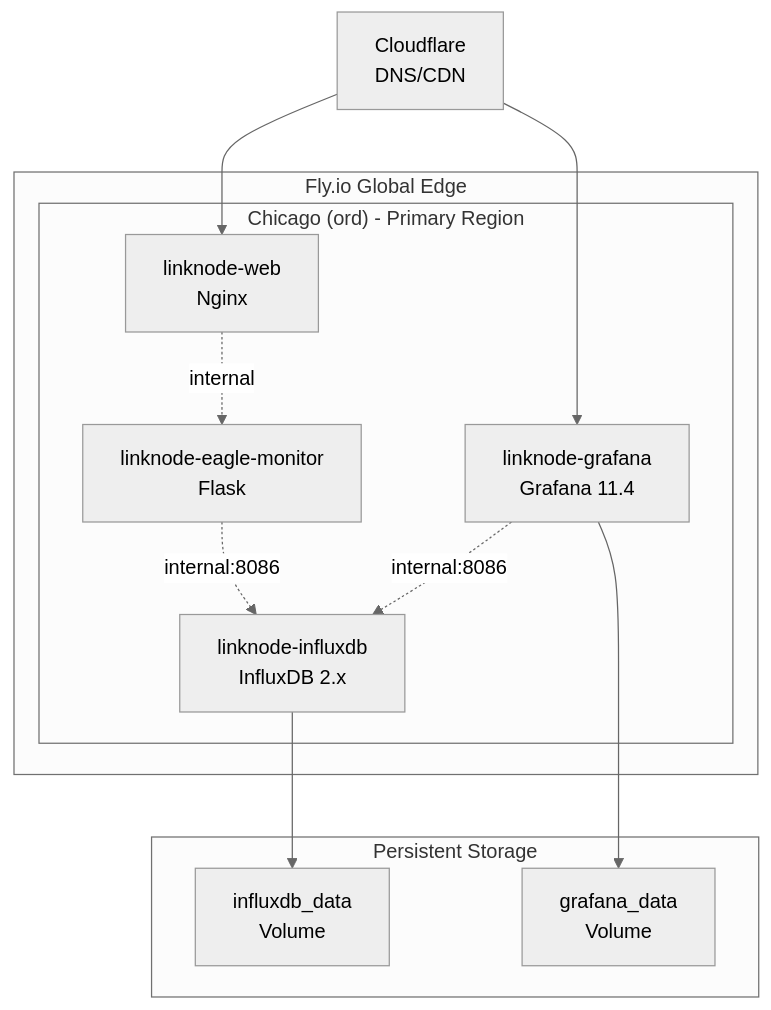
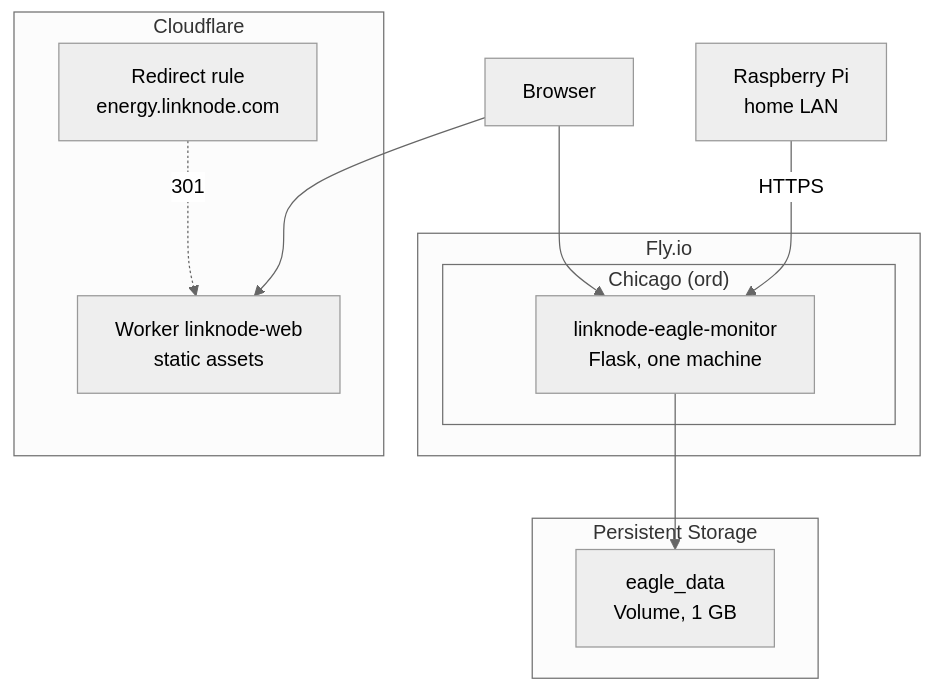
Before and after one commit to murr2k/linknode-com: the seventh of 9 diagrams in docs/THEORY_OF_OPERATION.md, drawn with Mermaid (neutral theme). The commit also changed other lines of this file and 47 other files, not shown here.

````diff
--- a/docs/THEORY_OF_OPERATION.md
+++ b/docs/THEORY_OF_OPERATION.md
@@ -342,26 +378,24 @@
 ```mermaid
 graph TB
-    subgraph "Fly.io Global Edge"
-        subgraph "Chicago (ord) - Primary Region"
-            WEB[linknode-web<br/>Nginx]
-            EM[linknode-eagle-monitor<br/>Flask]
-            GF[linknode-grafana<br/>Grafana 11.4]
-            IDB[linknode-influxdb<br/>InfluxDB 2.x]
+    subgraph "Fly.io"
+        subgraph "Chicago (ord)"
+            EM["linknode-eagle-monitor<br/>Flask, one machine"]
         end
-
-        WEB -.->|internal| EM
-        EM -.->|internal:8086| IDB
-        GF -.->|internal:8086| IDB
     end
 
     subgraph "Persistent Storage"
-        V1[grafana_data<br/>Volume]
-        V2[influxdb_data<br/>Volume]
+        V1["eagle_data<br/>Volume, 1 GB"]
     end
 
-    GF --> V1
-    IDB --> V2
+    EM --> V1
 
-    CF[Cloudflare<br/>DNS/CDN] --> WEB
-    CF --> GF
+    subgraph "Cloudflare"
+        WEB["Worker linknode-web<br/>static assets"]
+        RR["Redirect rule<br/>energy.linknode.com"]
+    end
+
+    PI["Raspberry Pi<br/>home LAN"] -->|HTTPS| EM
+    USER["Browser"] --> WEB
+    USER --> EM
+    RR -.->|301| WEB
 ```
````
